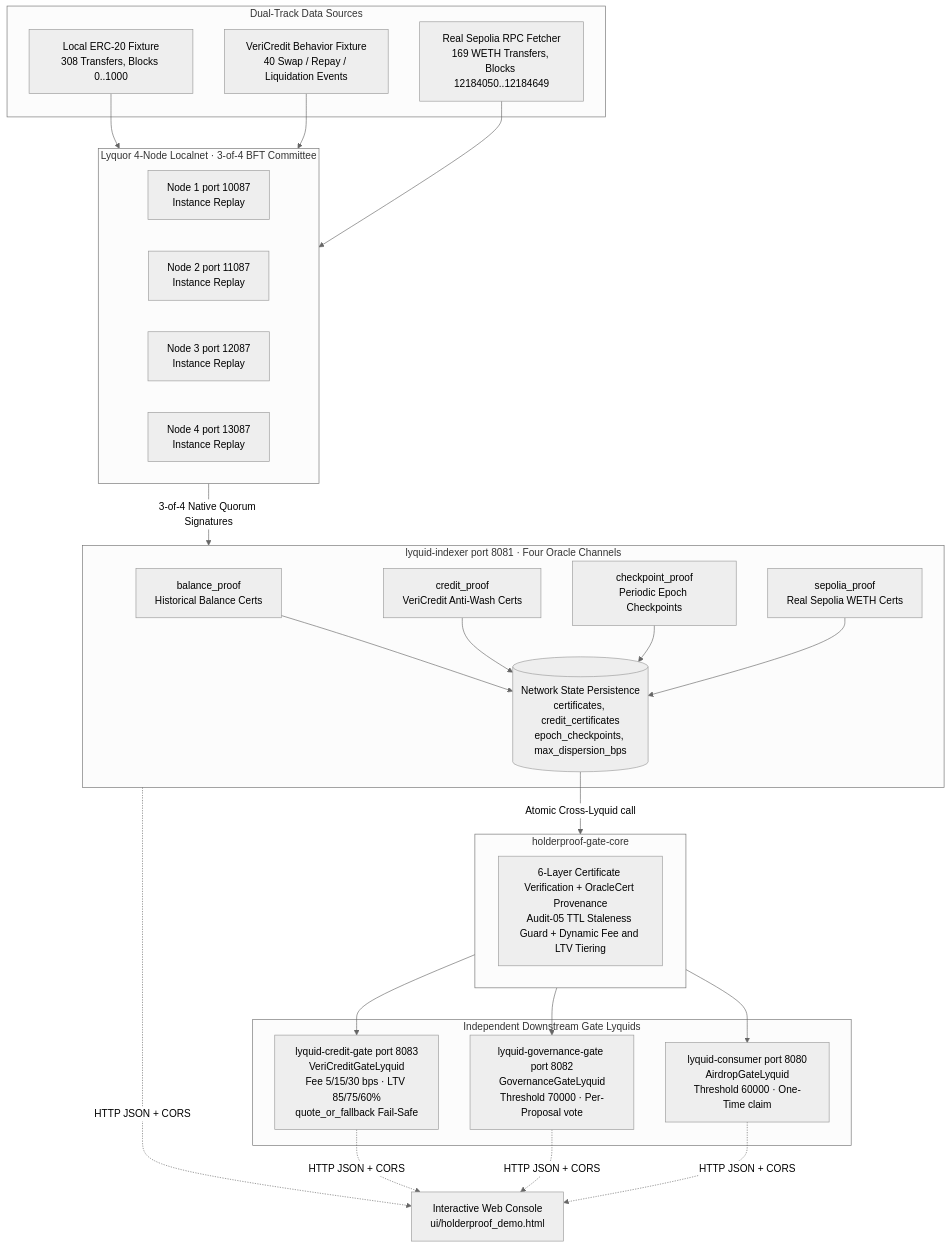
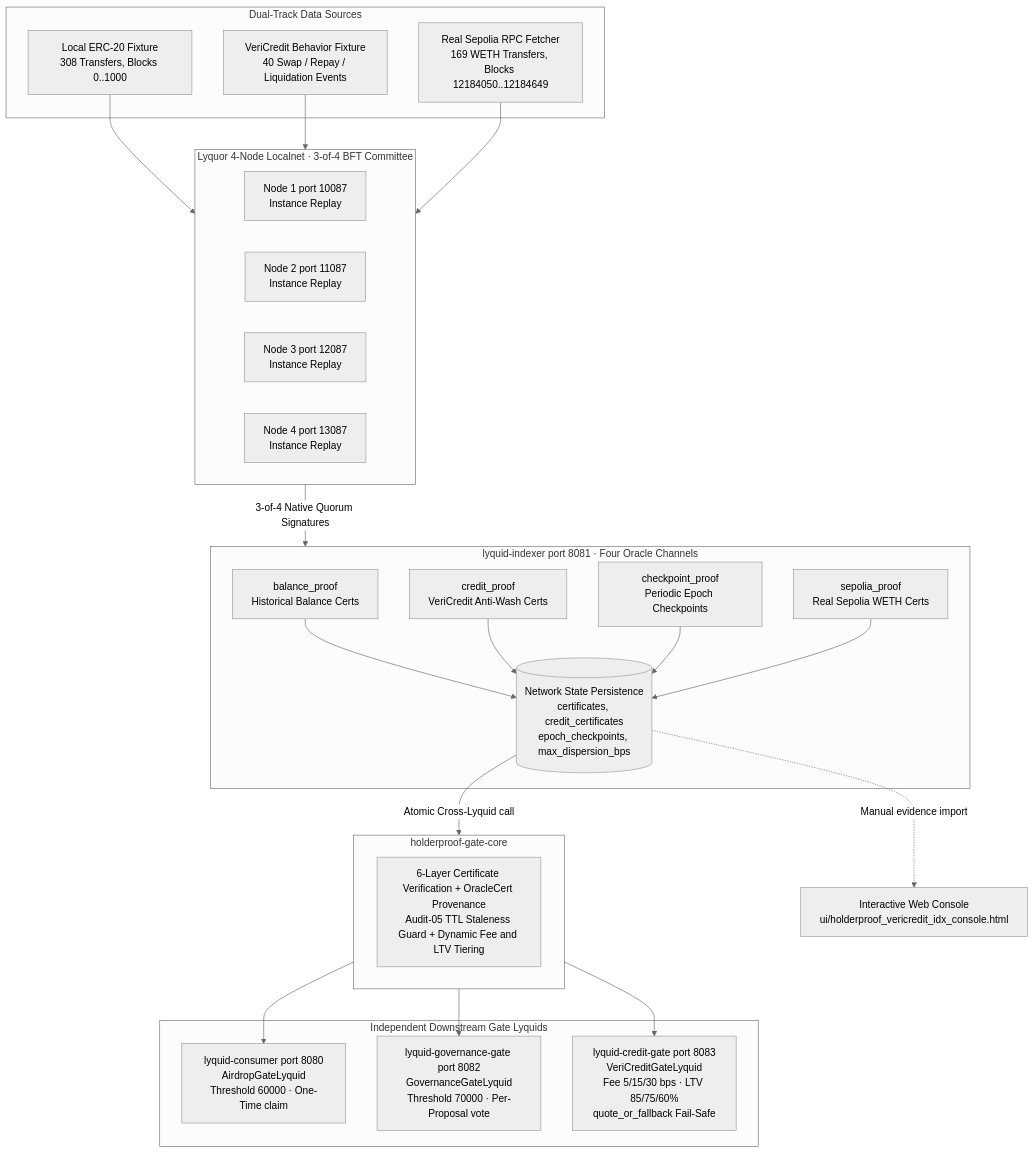
The first of 3 diagrams in README.md (jerryluo0517-cyber/holderproof), drawn with Mermaid (neutral theme) before and after one commit. The commit also changed other lines of this file and 9 other files, not shown here.

````diff
--- a/README.md
+++ b/README.md
@@ -15,53 +17,50 @@
 ```mermaid
 flowchart TB
     subgraph DataSources["Dual-Track Data Sources"]
         DS1["Local ERC-20 Fixture<br/>308 Transfers, Blocks 0..1000"]
         DS2["VeriCredit Behavior Fixture<br/>40 Swap / Repay / Liquidation Events"]
         DS3["Real Sepolia RPC Fetcher<br/>169 WETH Transfers, Blocks 12184050..12184649"]
     end
 
     subgraph Committee["Lyquor 4-Node Localnet · 3-of-4 BFT Committee"]
         direction LR
         N1["Node 1 port 10087<br/>Instance Replay"]
         N2["Node 2 port 11087<br/>Instance Replay"]
         N3["Node 3 port 12087<br/>Instance Replay"]
         N4["Node 4 port 13087<br/>Instance Replay"]
     end
 
     subgraph Indexer["lyquid-indexer port 8081 · Four Oracle Channels"]
         O1["balance_proof<br/>Historical Balance Certs"]
         O2["credit_proof<br/>VeriCredit Anti-Wash Certs"]
         O3["checkpoint_proof<br/>Periodic Epoch Checkpoints"]
         O4["sepolia_proof<br/>Real Sepolia WETH Certs"]
         NS[("Network State Persistence<br/>certificates, credit_certificates<br/>epoch_checkpoints, max_dispersion_bps")]
         O1 --> NS
         O2 --> NS
         O3 --> NS
         O4 --> NS
     end
 
     subgraph Core["holderproof-gate-core"]
         V1["6-Layer Certificate Verification + OracleCert Provenance<br/>Audit-05 TTL Staleness Guard + Dynamic Fee and LTV Tiering"]
     end
 
     subgraph Consumers["Independent Downstream Gate Lyquids"]
         C1["lyquid-consumer port 8080<br/>AirdropGateLyquid<br/>Threshold 60000 · One-Time claim"]
         C2["lyquid-governance-gate port 8082<br/>GovernanceGateLyquid<br/>Threshold 70000 · Per-Proposal vote"]
         C3["lyquid-credit-gate port 8083<br/>VeriCreditGateLyquid<br/>Fee 5/15/30 bps · LTV 85/75/60%<br/>quote_or_fallback Fail-Safe"]
     end
 
-    UI["Interactive Web Console<br/>ui/holderproof_demo.html"]
+    UI["Interactive Web Console<br/>ui/holderproof_vericredit_idx_console.html"]
 
     DS1 --> Committee
     DS2 --> Committee
     DS3 --> Committee
     Committee -->|"3-of-4 Native Quorum Signatures"| Indexer
     NS -->|"Atomic Cross-Lyquid call"| Core
     Core --> C1
     Core --> C2
     Core --> C3
-    Indexer -.->|"HTTP JSON + CORS"| UI
-    C1 -.->|"HTTP JSON + CORS"| UI
-    C2 -.->|"HTTP JSON + CORS"| UI
-    C3 -.->|"HTTP JSON + CORS"| UI
+    NS -.->|"Manual evidence import"| UI
 ```
````
